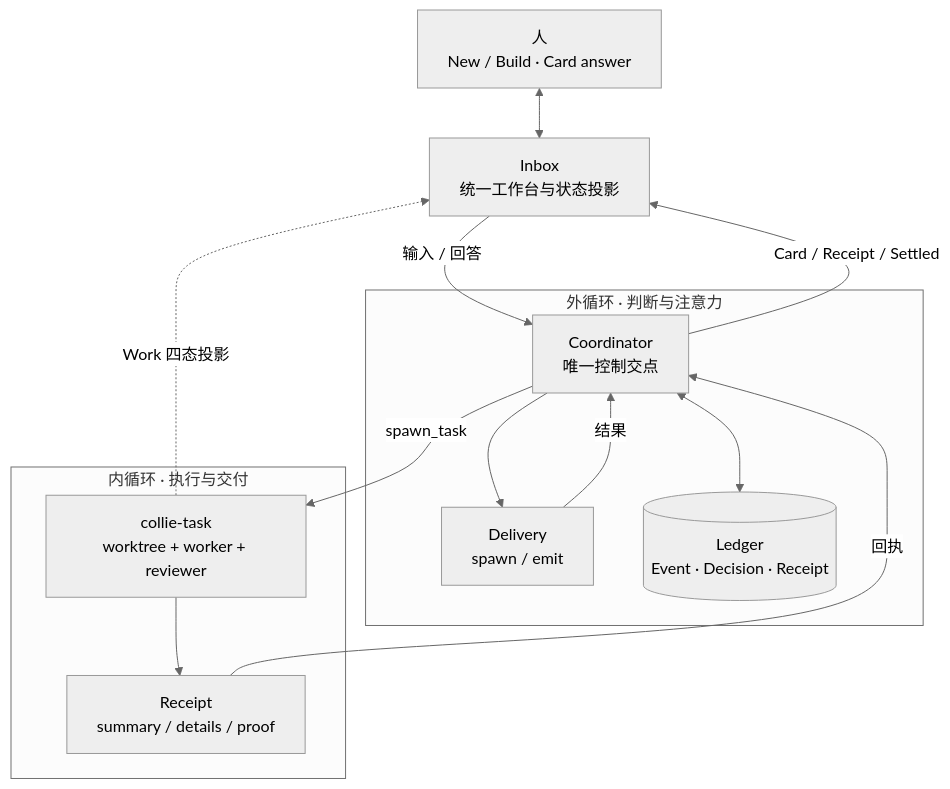
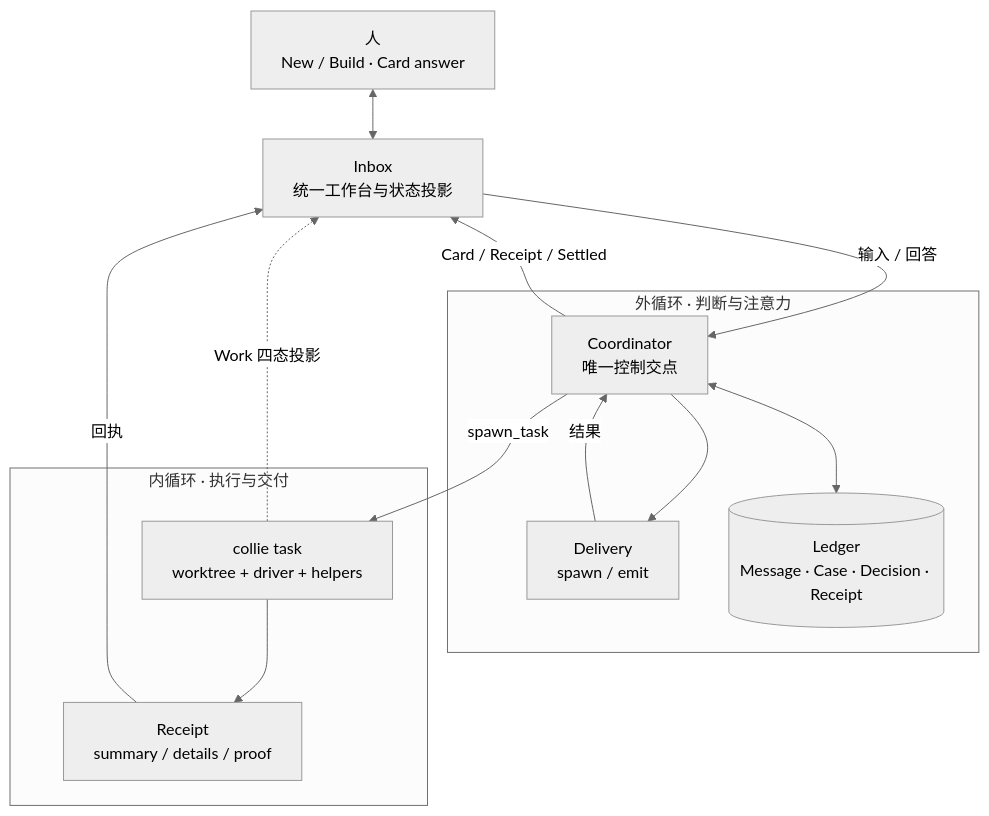
The diagram in README.md (iodone/collie), drawn with Mermaid (neutral theme) before and after one commit. The commit also changed other lines of this file and 151 other files, not shown here.

First line of the commit message:
feat: complete Collie collaboration and task lifecycle (#40)

````diff
--- a/README.md
+++ b/README.md
@@ -59,22 +45,22 @@
 ```mermaid
 flowchart TB
   H["人<br/>New / Build · Card answer"] <--> I["Inbox<br/>统一工作台与状态投影"]
   subgraph OUTER["外循环 · 判断与注意力"]
     CO["Coordinator<br/>唯一控制交点"]
     D["Delivery<br/>spawn / emit"]
-    L[("Ledger<br/>Event · Decision · Receipt")]
+    L[("Ledger<br/>Message · Case · Decision · Receipt")]
     CO --> D
     D -->|"结果"| CO
     CO <--> L
   end
   subgraph INNER["内循环 · 执行与交付"]
-    T["collie-task<br/>worktree + worker + reviewer"]
+    T["collie task<br/>worktree + driver + helpers"]
     R["Receipt<br/>summary / details / proof"]
     T --> R
   end
   I -->|"输入 / 回答"| CO
   CO -->|"Card / Receipt / Settled"| I
   CO -->|"spawn_task"| T
-  R -->|"回执"| CO
+  R -->|"回执"| I
   T -. "Work 四态投影" .-> I
 ```
````
